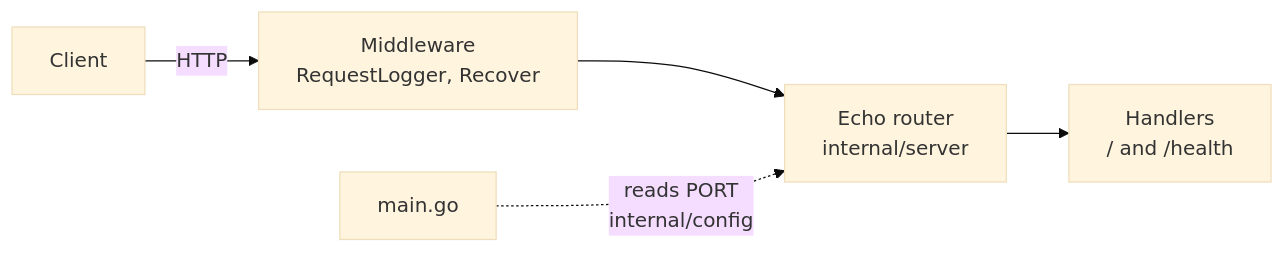
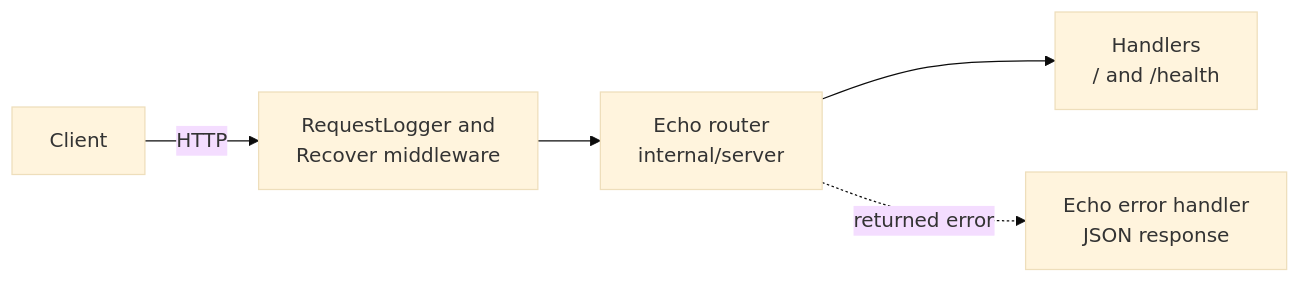
Before and after one commit to light-cloud-com/templates: the diagram in starters/starter-echo/README.md, drawn with Mermaid (base theme). The commit also changed other lines of this file and 2 other files, not shown here.

First line of the commit message:
README: Echo API starter for Go landing page

````diff
--- a/starters/starter-echo/README.md
+++ b/starters/starter-echo/README.md
@@ -28,7 +96,7 @@
 ```mermaid
 flowchart LR
-    client["Client"] -->|HTTP| mw["Middleware<br/>RequestLogger, Recover"]
+    client["Client"] -->|HTTP| mw["RequestLogger and<br/>Recover middleware"]
     mw --> router["Echo router<br/>internal/server"]
     router --> handlers["Handlers<br/>/ and /health"]
-    main["main.go"] -.->|"reads PORT<br/>internal/config"| router
+    router -.->|"returned error"| errh["Echo error handler<br/>JSON response"]
 ```
````
